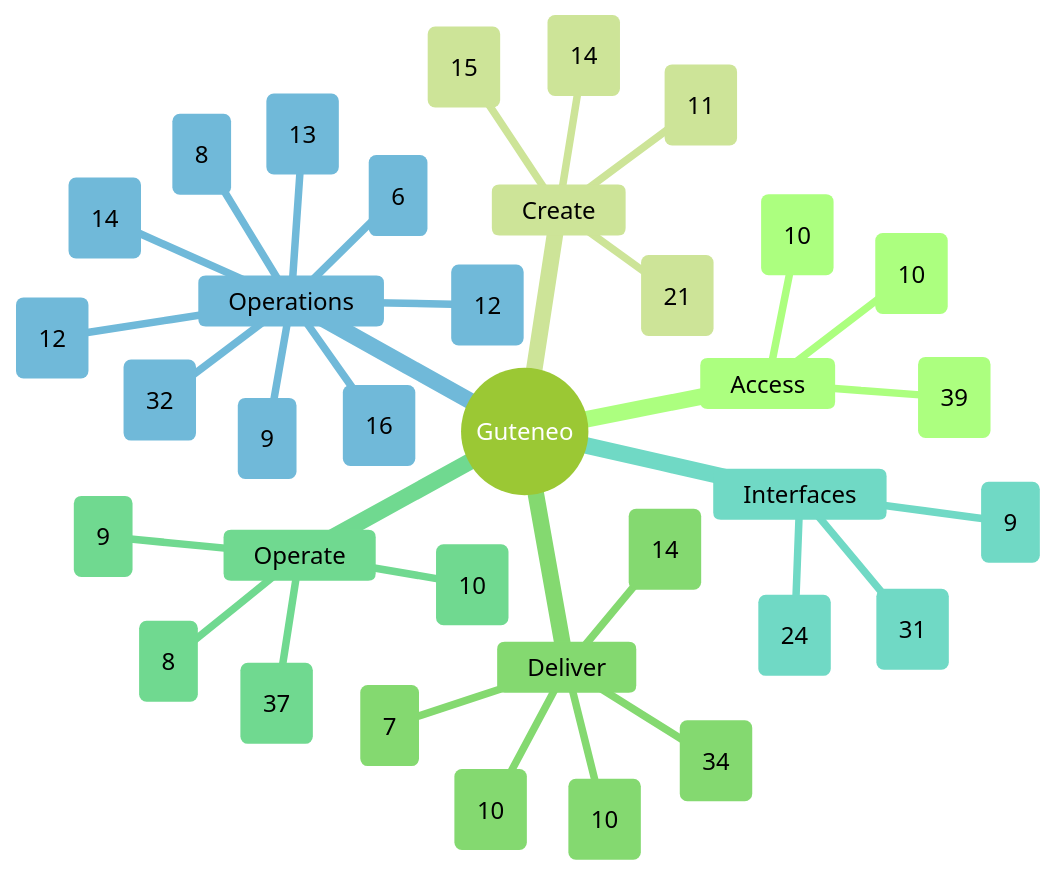
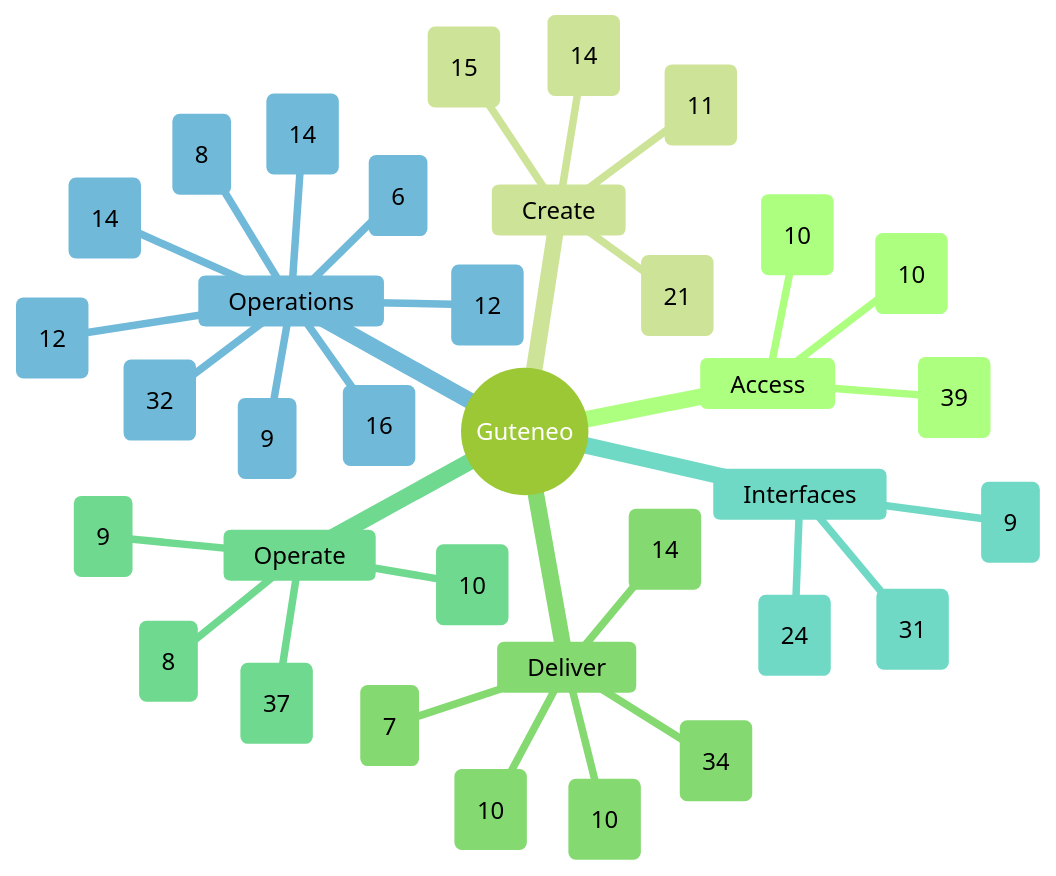
One commit to nclsppr/guteneo changed the diagram in docs/FEATURE_MAP.md. Above: the diagram before and after it, drawn with Mermaid (forest theme). The commit also changed other lines of this file and 16 other files, not shown here.

````diff
--- a/docs/FEATURE_MAP.md
+++ b/docs/FEATURE_MAP.md
@@ -13,38 +13,38 @@
 ```mermaid
 mindmap
   root((Guteneo))
     Access
       Access and identity (39)
       Team and responsibilities (10)
       Workspace administration and reports (10)
     Create
       Documents and protection (21)
       Template studio (14)
       Data and mappings (11)
       PDF generation and distribution (15)
     Deliver
       Fax (10)
       Postal mail (10)
       Email and protected links (14)
       Sensitive distribution and personal documents (34)
       Dispatch dry run (7)
     Operate
       Campaigns and tracking (8)
       Credits and billing (9)
       Workspace layout and browser appearance (37)
       PDF verification (10)
     Interfaces
       Assistants and API (31)
       iPhone and iPad (9)
       Public pages, languages and appearance (24)
     Operations
       Reviewer OAuth qualification (9)
       Operations and reliability (32)
       Belvédère platform oversight (14)
       Public service status (16)
       Engineering documentation (12)
       Codex Cloud development (8)
       Continuous reviewer preparation (6)
-      Automatic fax tariff maintenance (13)
+      Automatic fax tariff maintenance (14)
       Consumed provider freshness and J-1 alerts (12)
 ```
````
